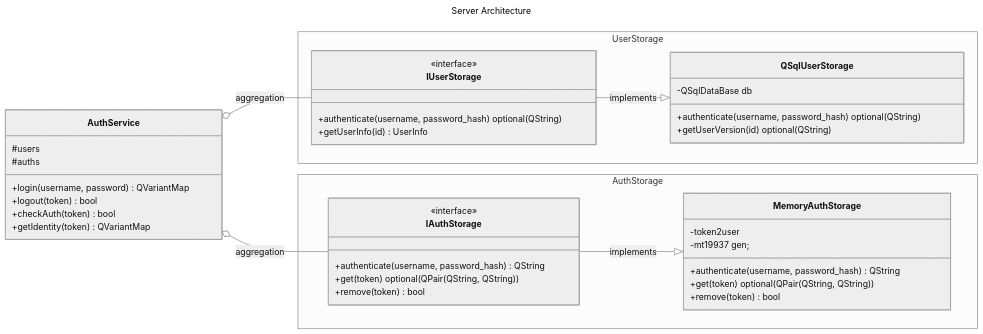
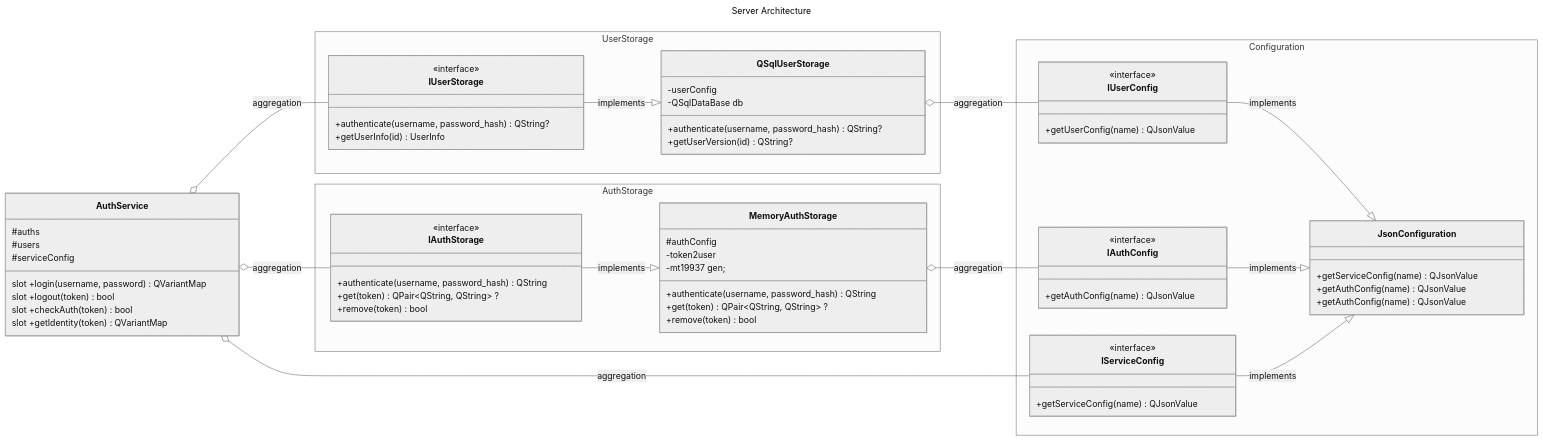
The diagram in README.MD (kiper220-alt/jrpc_auth), drawn with Mermaid (neutral theme) before and after one commit. The commit also changed 15 other files, not shown here.

````diff
--- a/README.MD
+++ b/README.MD
@@ -74,49 +74,79 @@
 ```mermaid
 ---
 title: Server Architecture
 ---
 classDiagram
     direction LR
+
+    namespace Configuration {
+        class IServiceConfig {
+            <<interface>>
+            +getServiceConfig(name) QJsonValue
+        }
+        class IUserConfig {
+            <<interface>>
+            +getUserConfig(name) QJsonValue
+        }
+        class IAuthConfig {
+            <<interface>>
+            +getAuthConfig(name) QJsonValue
+        }
+        class JsonConfiguration {
+            +getServiceConfig(name) QJsonValue
+            +getAuthConfig(name) QJsonValue
+            +getAuthConfig(name) QJsonValue
+        }
+    }
+
     class AuthService {
+        #auths
         #users
-        #auths
-        +login(username, password) QVariantMap
-        +logout(token) bool
-        +checkAuth(token) bool
-        +getIdentity(token) QVariantMap
+        #serviceConfig
+        slot +login(username, password) QVariantMap
+        slot +logout(token) bool
+        slot +checkAuth(token) bool
+        slot +getIdentity(token) QVariantMap
     }
 
     namespace User Storage {
         class IUserStorage {
             <<interface>>
-            +authenticate(username, password_hash) optional(QString)
+            +authenticate(username, password_hash) QString?
             +getUserInfo(id) UserInfo
         }
         class QSqlUserStorage {
+            -userConfig
             -QSqlDataBase db
-            +authenticate(username, password_hash) optional(QString)
-            +getUserVersion(id) optional(QString)
+            +authenticate(username, password_hash) QString?
+            +getUserVersion(id) QString?
         }
     }
 
     namespace Auth Storage {
         class IAuthStorage {
             <<interface>>
             +authenticate(username, password_hash) QString
-            +get(token) optional(QPair(QString, QString))
+            +get(token) QPair~QString, QString~ ?
             +remove(token) bool
         }
         class MemoryAuthStorage {
+            #authConfig
             -token2user
             -mt19937 gen;
             +authenticate(username, password_hash) QString
-            +get(token) optional(QPair(QString, QString))
+            +get(token) QPair~QString, QString~ ?
             +remove(token) bool
         }
     }
 
     AuthService o-- IUserStorage: aggregation
     AuthService o-- IAuthStorage: aggregation
+    QSqlUserStorage o-- IUserConfig: aggregation
+    MemoryAuthStorage o-- IAuthConfig: aggregation
+    AuthService o-- IServiceConfig: aggregation
     IAuthStorage --|> MemoryAuthStorage: implements
     IUserStorage --|> QSqlUserStorage: implements
+    IUserConfig --|> JsonConfiguration: implements
+    IAuthConfig --|> JsonConfiguration: implements
+    IServiceConfig --|> JsonConfiguration: implements
 ```
````
